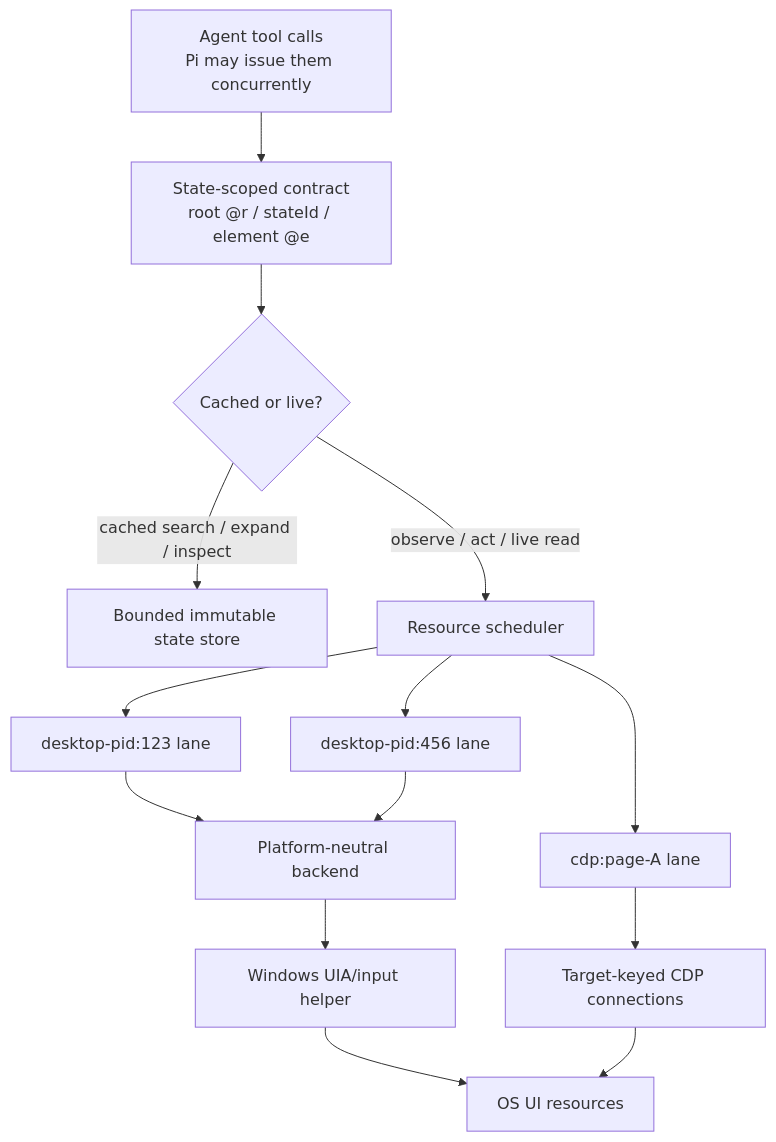
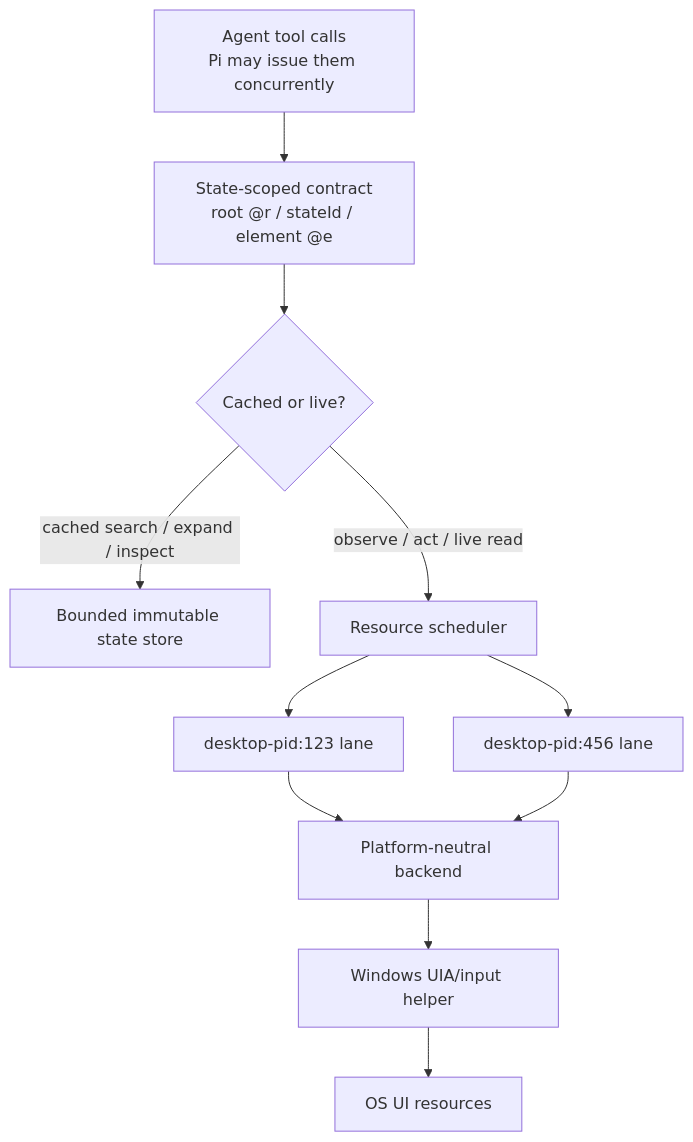
One commit to woct0rdho/pi-computer-use changed the diagram in docs/architecture.md. Above: the diagram before and after it, drawn with Mermaid. The commit also changed other lines of this file and 25 other files, not shown here.

````diff
--- a/docs/architecture.md
+++ b/docs/architecture.md
@@ -30,16 +30,13 @@
 ```mermaid
 flowchart TB
     A["Agent tool calls<br/>Pi may issue them concurrently"] --> C["State-scoped contract<br/>root @r / stateId / element @e"]
     C --> Q{"Cached or live?"}
     Q -->|"cached search / expand / inspect"| S["Bounded immutable state store"]
     Q -->|"observe / act / live read"| R["Resource scheduler"]
     R --> D1["desktop-pid:123 lane"]
     R --> D2["desktop-pid:456 lane"]
-    R --> B1["cdp:page-A lane"]
     D1 --> P["Platform-neutral backend"]
     D2 --> P
-    B1 --> Cdp["Target-keyed CDP connections"]
     P --> W["Windows UIA/input helper"]
     W --> O["OS UI resources"]
-    Cdp --> O
 ```
````
